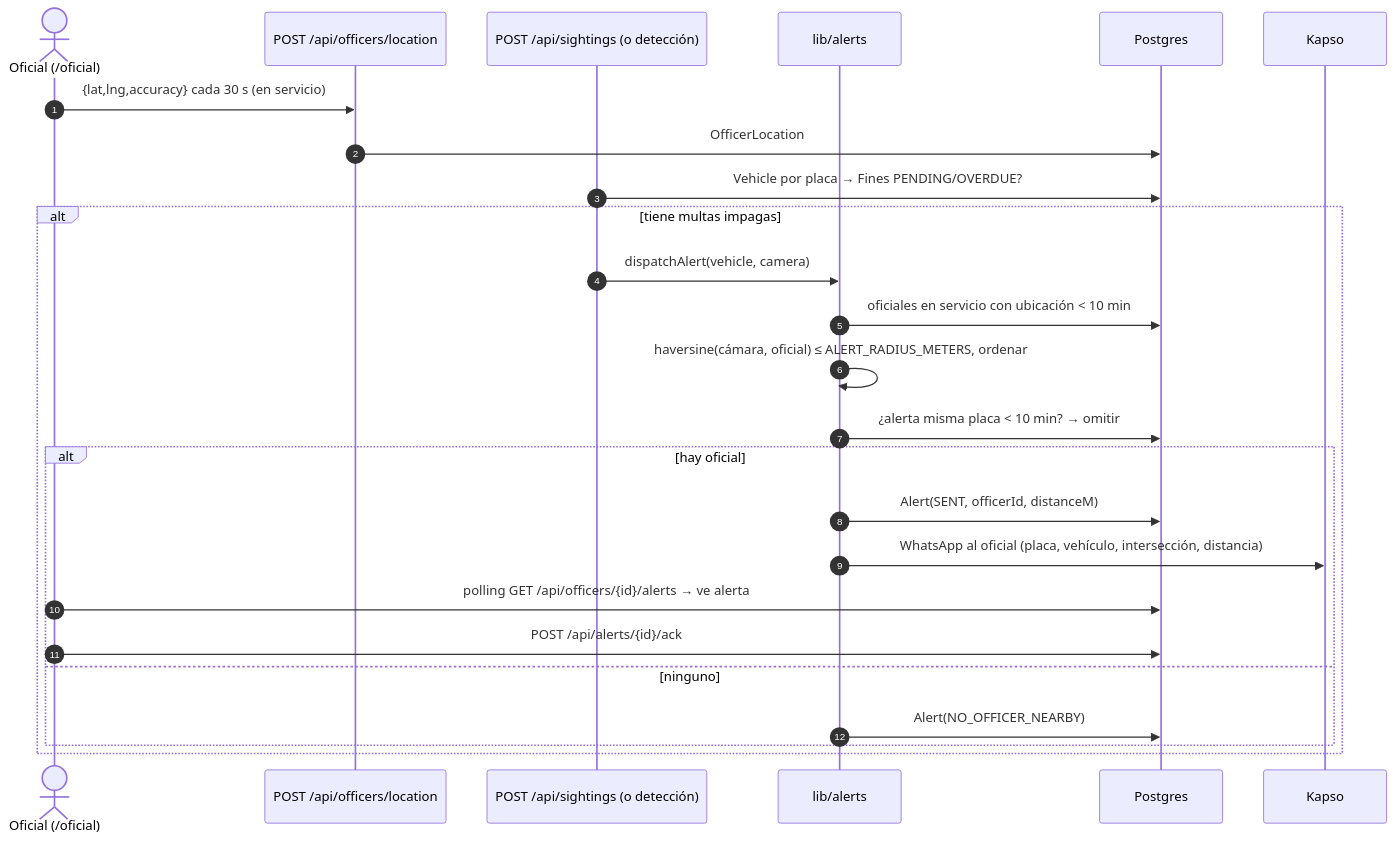
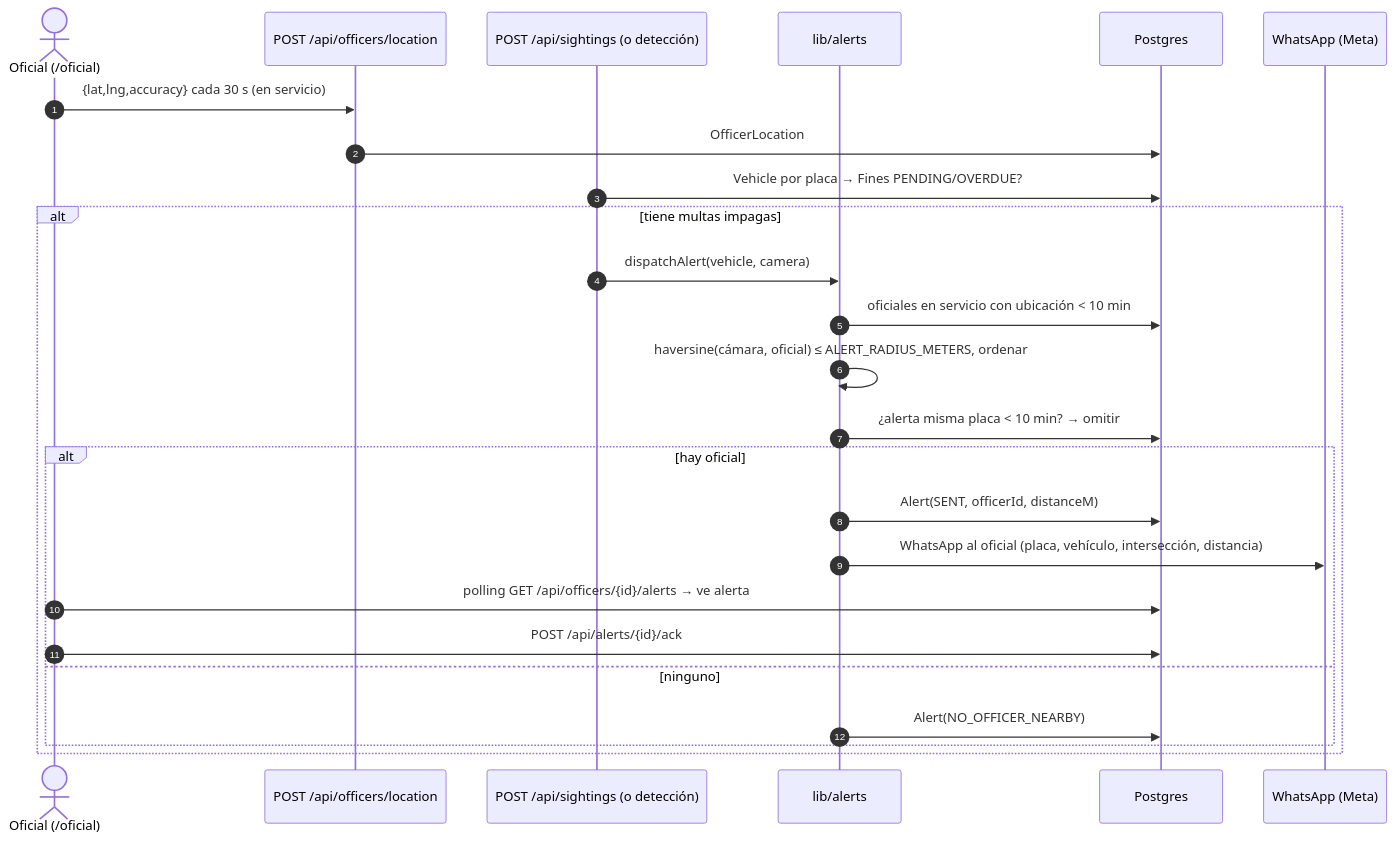
One commit to platanus-hack/platanus-hack-26-ve-team-20 changed the third of 3 diagrams in docs/02-arquitectura.md. Above: the diagram before and after it, drawn with Mermaid. The commit also changed other lines of this file and 14 other files, not shown here.

First line of the commit message:
docs: switch WhatsApp from Kapso to Meta Cloud API

````diff
--- a/docs/02-arquitectura.md
+++ b/docs/02-arquitectura.md
@@ -98,28 +98,28 @@
 ```mermaid
 sequenceDiagram
   autonumber
   actor O as Oficial (/oficial)
   participant L as POST /api/officers/location
   participant S as POST /api/sightings (o detección)
   participant A as lib/alerts
   participant DB as Postgres
-  participant K as Kapso
+  participant K as WhatsApp (Meta)
 
   O->>L: {lat,lng,accuracy} cada 30 s (en servicio)
   L->>DB: OfficerLocation
   S->>DB: Vehicle por placa → Fines PENDING/OVERDUE?
   alt tiene multas impagas
     S->>A: dispatchAlert(vehicle, camera)
     A->>DB: oficiales en servicio con ubicación < 10 min
     A->>A: haversine(cámara, oficial) ≤ ALERT_RADIUS_METERS, ordenar
     A->>DB: ¿alerta misma placa < 10 min? → omitir
     alt hay oficial
       A->>DB: Alert(SENT, officerId, distanceM)
       A->>K: WhatsApp al oficial (placa, vehículo, intersección, distancia)
       O->>DB: polling GET /api/officers/{id}/alerts → ve alerta
       O->>DB: POST /api/alerts/{id}/ack
     else ninguno
       A->>DB: Alert(NO_OFFICER_NEARBY)
     end
   end
 ```
````
